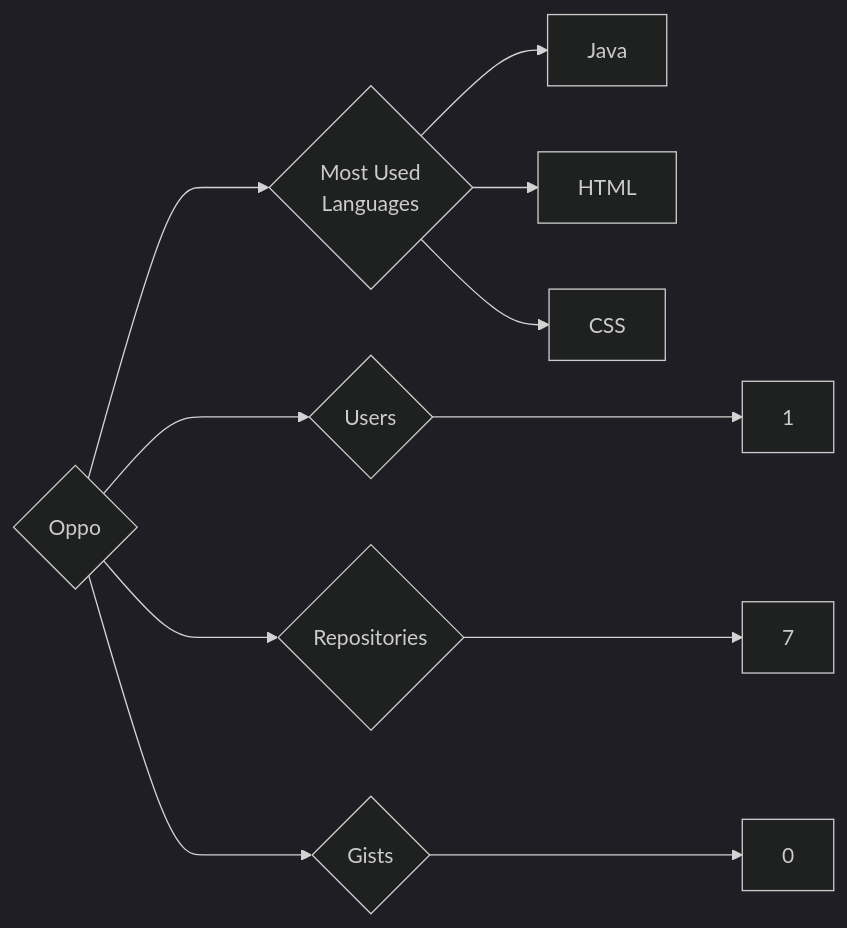
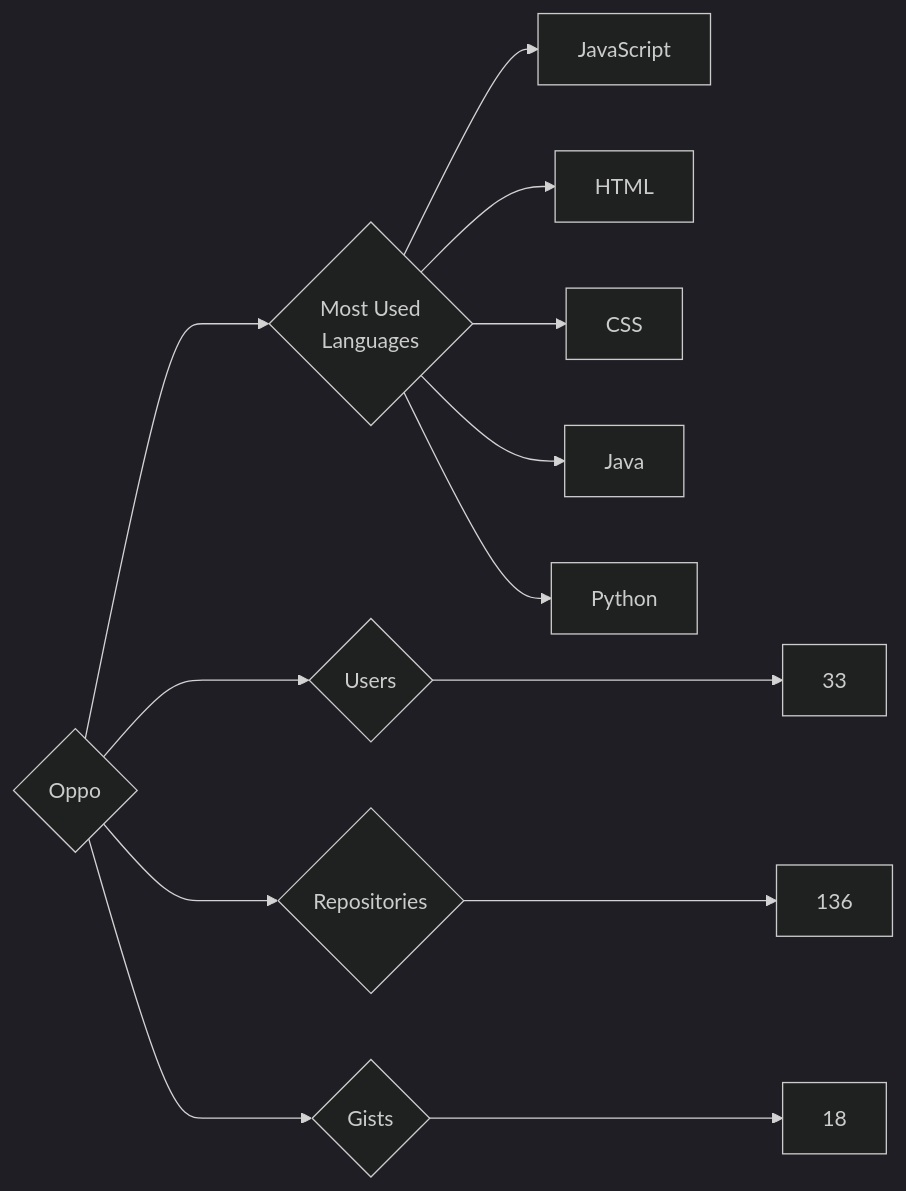
One commit to trickest/insiders changed the diagram in targets/Oppo/README.md. Above: the diagram before and after it, drawn with Mermaid (dark theme). The commit also changed 997 other files, not shown here.

````diff
--- a/targets/Oppo/README.md
+++ b/targets/Oppo/README.md
@@ -3,11 +3,13 @@
 ```mermaid
 graph LR
 COMPANY_NAME{Oppo}
-COMPANY_NAME ---> U{Users} ---> UN[1]
-COMPANY_NAME ---> R{Repositories} ---> RN[7]
-COMPANY_NAME ---> G{Gists} ---> GN[0]
+COMPANY_NAME ---> U{Users} ---> UN[33]
+COMPANY_NAME ---> R{Repositories} ---> RN[136]
+COMPANY_NAME ---> G{Gists} ---> GN[18]
 COMPANY_NAME ---> ML{Most Used<br>Languages}
-ML --> Java
-ML --> HTML
-ML --> CSS
+ML --> JavaScript[JavaScript]
+ML --> HTML[HTML]
+ML --> CSS[CSS]
+ML --> Java[Java]
+ML --> Python[Python]
 ```
````
